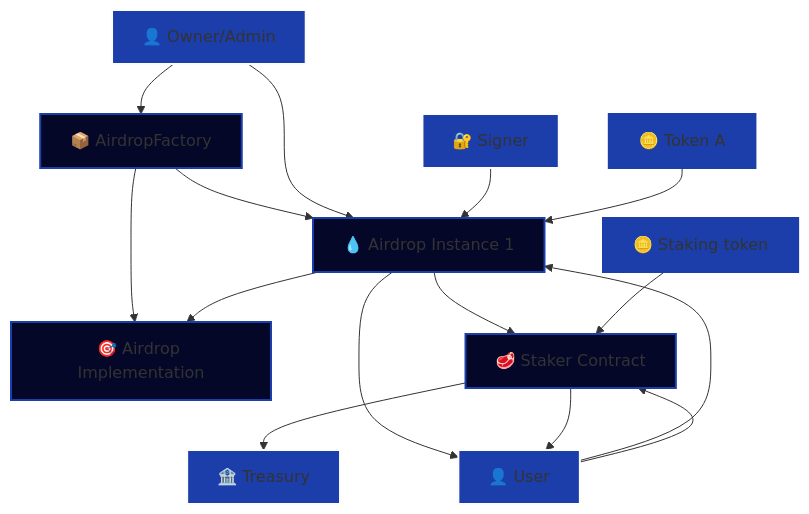
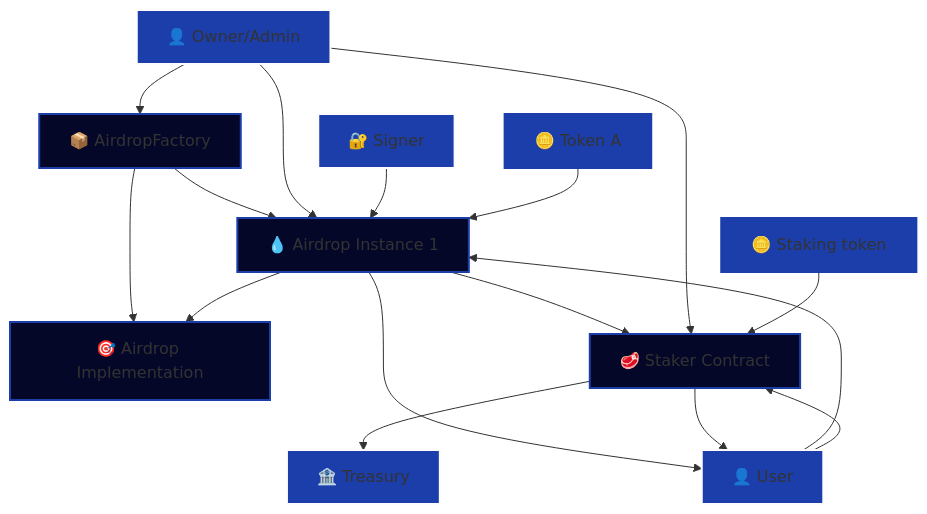
Before and after one commit to dragonswap-app/dragonswap-airdrop-and-staker: the diagram in script/README.md, drawn with Mermaid.

````diff
--- a/script/README.md
+++ b/script/README.md
@@ -207,56 +207,59 @@
 ```mermaid
 graph TB
     %% External Entities
     Owner["👤 Owner/Admin"]
     User["👤 User"]
     Treasury["🏦 Treasury"]
     Signer["🔐 Signer"]
     
     %% Core Contracts
     Factory["📦 AirdropFactory"]
     
     Implementation["🎯 Airdrop Implementation"]
     
     AirdropInstance1["💧 Airdrop Instance 1"]
     
     Staker["🥩 Staker Contract"]
     
     %% Tokens
     Token1["🪙 Token A"]
     RewardTokens["🪙 Staking token"]
     
+    
     %% Factory Relationships
     Owner --> Factory
     Factory --> Implementation
     Factory --> AirdropInstance1
 
     
     %% Airdrop Management
     Owner --> AirdropInstance1
     User --> AirdropInstance1
     Signer --> AirdropInstance1
+
     
     %% Core Flow
     AirdropInstance1 --> Staker
     AirdropInstance1 --> User
     AirdropInstance1 --> Implementation
     
     %% Staker Operations
+    Owner --> Staker
     User --> Staker
     Staker --> Treasury
     Staker --> User
 
     
     %% Token Relationships
     Token1 --> AirdropInstance1
     RewardTokens --> Staker
     
     %% Styling
     classDef contractClass fill:#040728,stroke:#1c3eab,stroke-width:2px
     classDef userClass fill:#1c3eab,stroke:#fcfcfc,stroke-width:2px
     classDef tokenClass fill:#1c3eab,stroke:#1c3eab,stroke-width:2px
     
     class Factory,Implementation,AirdropInstance1,Staker contractClass
     class Owner,User,Treasury,Signer userClass
     class Token1,Token2,RewardTokens tokenClass
 ```
````
